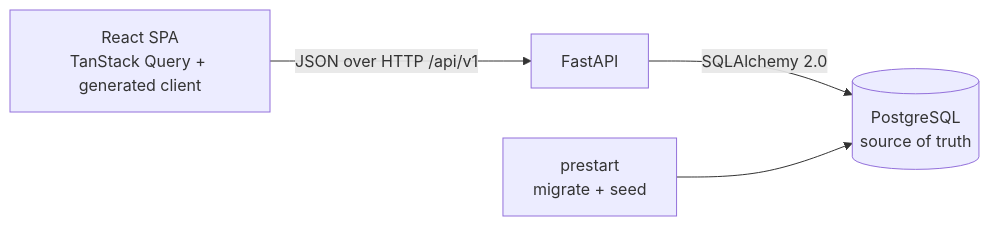
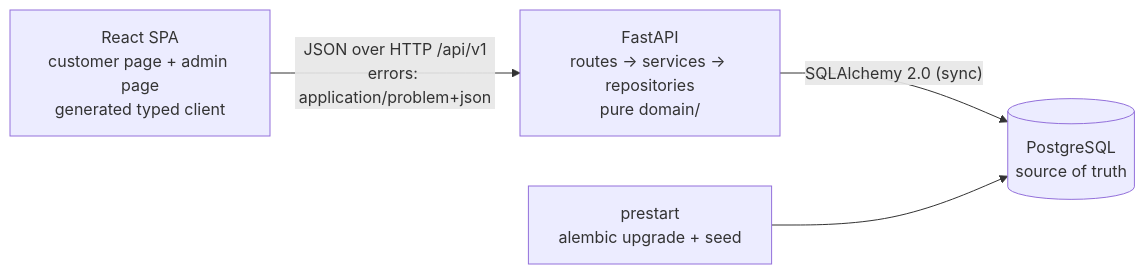
Before and after one commit to Briankim254/epic-bus-booking: the diagram in docs/DESIGN.md, drawn with Mermaid. The commit also changed other lines of this file and 9 other files, not shown here.

````diff
--- a/docs/DESIGN.md
+++ b/docs/DESIGN.md
@@ -9,6 +5,6 @@
 ```mermaid
 flowchart LR
-    SPA["React SPA<br/>TanStack Query + generated client"] -- "JSON over HTTP /api/v1" --> API["FastAPI"]
-    API -- "SQLAlchemy 2.0" --> PG[("PostgreSQL<br/>source of truth")]
-    PRE["prestart<br/>migrate + seed"] --> PG
+    SPA["React SPA<br/>customer page + admin page<br/>generated typed client"] -- "JSON over HTTP /api/v1<br/>errors: application/problem+json" --> API["FastAPI<br/>routes → services → repositories<br/>pure domain/"]
+    API -- "SQLAlchemy 2.0 (sync)" --> PG[("PostgreSQL<br/>source of truth")]
+    PRE["prestart<br/>alembic upgrade + seed"] --> PG
 ```
````
